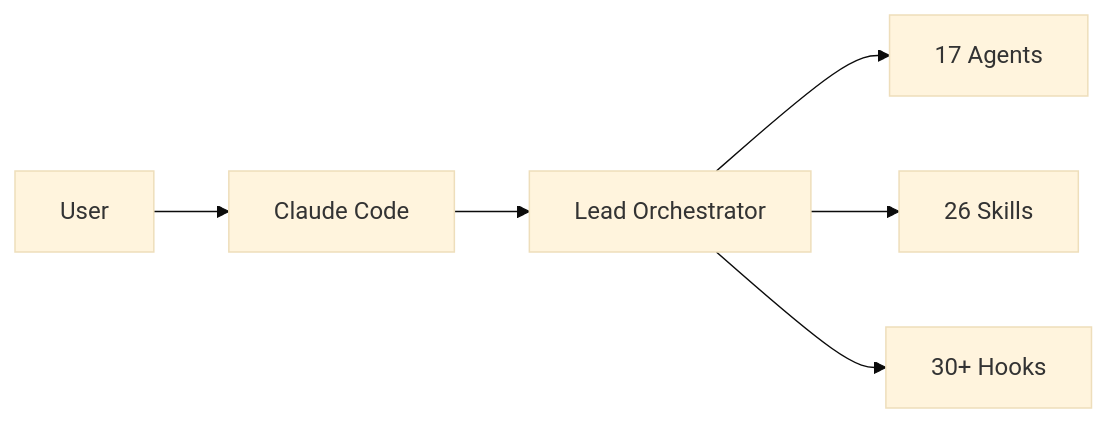
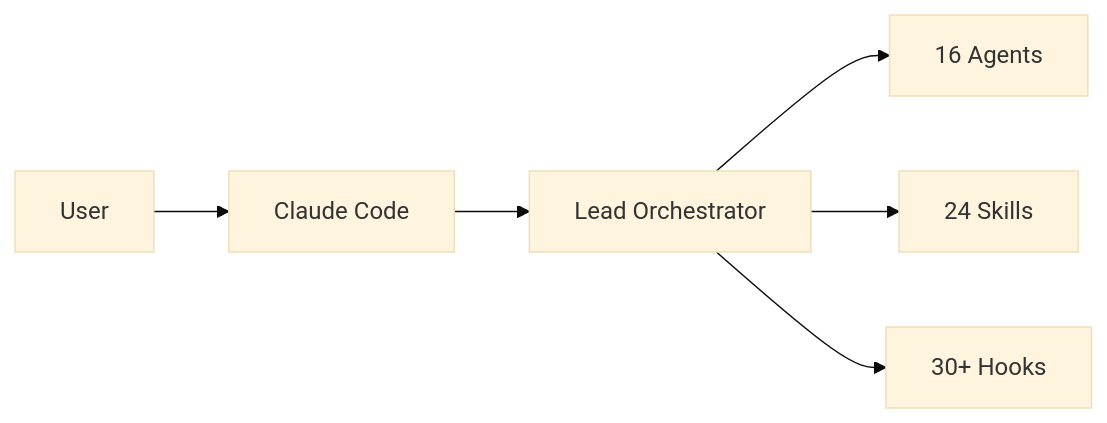
One commit to MaciWP/claude-code-poneglyph changed the first of 2 diagrams in CLAUDE.md. Above: the diagram before and after it, drawn with Mermaid (base theme). The commit also changed other lines of this file, not shown here.

First line of the commit message:
fix: actualizar conteos en CLAUDE.md (16 agents, 24 skills)

````diff
--- a/CLAUDE.md
+++ b/CLAUDE.md
@@ -61,8 +61,8 @@
 ```mermaid
 graph LR
     User --> CC[Claude Code]
     CC --> Orch[Lead Orchestrator]
-    Orch --> Agents[17 Agents]
-    Orch --> Skills[26 Skills]
+    Orch --> Agents[16 Agents]
+    Orch --> Skills[24 Skills]
     Orch --> Hooks[30+ Hooks]
 ```
````
